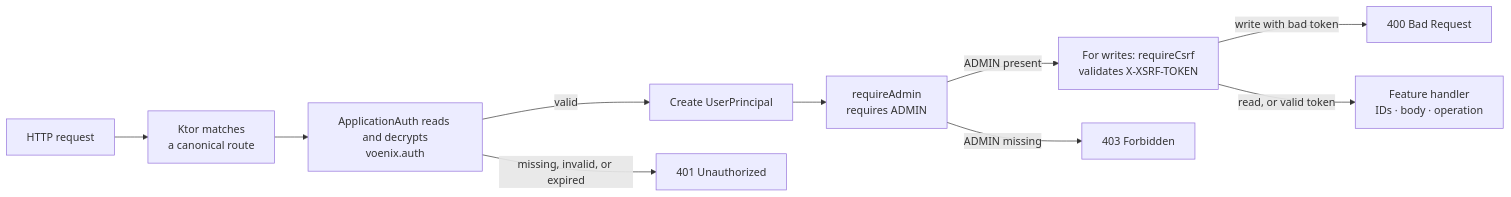
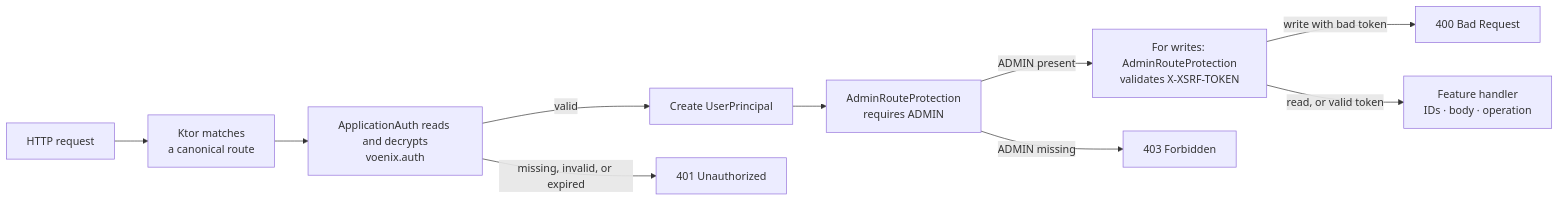
One commit to bitstorm-tech/voenix-shop-kotlin changed the diagram in docs/dev/backend/authentication-and-authorization.md. Above: the diagram before and after it, drawn with Mermaid. The commit also changed other lines of this file and 6 other files, not shown here.

Commit message:
Refactor admin route protection to fail closed

````diff
--- a/docs/dev/backend/authentication-and-authorization.md
+++ b/docs/dev/backend/authentication-and-authorization.md
@@ -48,20 +48,20 @@
 ```mermaid
 flowchart LR
     Request["HTTP request"]
     Match["Ktor matches<br/>a canonical route"]
     Cookie["ApplicationAuth reads and decrypts<br/>voenix.auth"]
     Principal["Create UserPrincipal"]
-    Role["requireAdmin<br/>requires ADMIN"]
-    Csrf["For writes: requireCsrf<br/>validates X-XSRF-TOKEN"]
+    Role["AdminRouteProtection<br/>requires ADMIN"]
+    Csrf["For writes: AdminRouteProtection<br/>validates X-XSRF-TOKEN"]
     Handler["Feature handler<br/>IDs · body · operation"]
 
     Request --> Match
     Match --> Cookie
     Cookie -->|"missing, invalid, or expired"| Unauthorized["401 Unauthorized"]
     Cookie -->|"valid"| Principal
     Principal --> Role
     Role -->|"ADMIN missing"| Forbidden["403 Forbidden"]
     Role -->|"ADMIN present"| Csrf
     Csrf -->|"write with bad token"| BadRequest["400 Bad Request"]
     Csrf -->|"read, or valid token"| Handler
 ```
````
